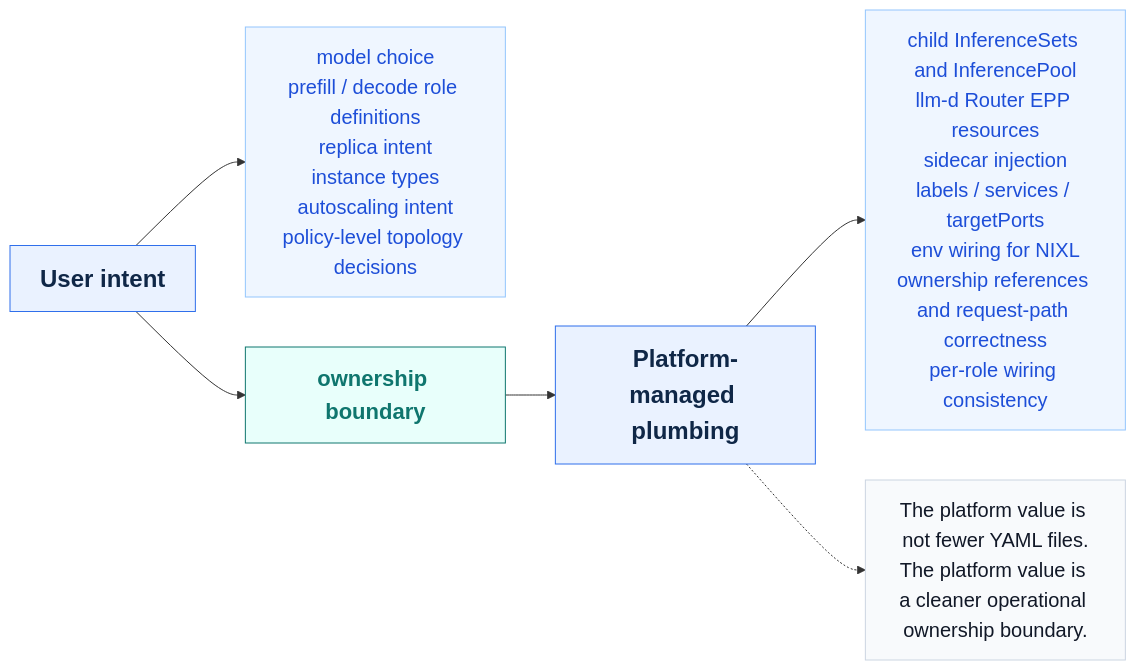
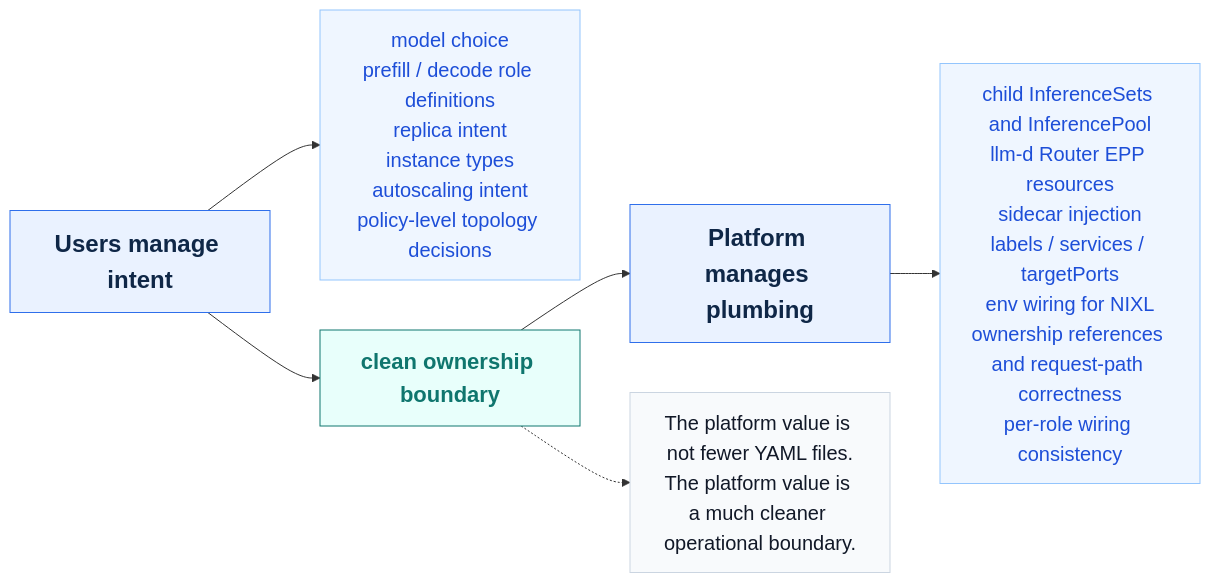
Before and after one commit to andyzhangx/demo: the diagram in llm/kaito-llm-d-pd-slides-assets/mermaid/slide-11-ownership-boundary.mmd, drawn with Mermaid. The commit also changed 10 other files, not shown here.

Commit message:
docs: refine presentation style for pd mermaid slides

```diff
--- a/llm/kaito-llm-d-pd-slides-assets/mermaid/slide-11-ownership-boundary.mmd
+++ b/llm/kaito-llm-d-pd-slides-assets/mermaid/slide-11-ownership-boundary.mmd
@@ -1,27 +1,27 @@
 flowchart LR
-%% pos USER 120 90 420 110
-%% pos USERDETAIL 70 250 520 430
-%% pos BOUND 835 340 530 90
-%% pos PLATFORM 1660 90 420 110
-%% pos PLATFORMDETAIL 1490 250 590 470
+%% pos USER 110 90 430 110
+%% pos USERDETAIL 70 250 560 420
+%% pos BOUND 860 335 500 90
+%% pos PLATFORM 1660 90 430 110
+%% pos PLATFORMDETAIL 1510 250 600 460
 %% pos NOTE 430 810 1340 120
 
-USER["User intent"]:::primary
+USER["Users manage intent"]:::primary
 USERDETAIL["model choice<br/>prefill / decode role definitions<br/>replica intent<br/>instance types<br/>autoscaling intent<br/>policy-level topology decisions"]:::primary2
-BOUND["ownership boundary"]:::teal
-PLATFORM["Platform-managed plumbing"]:::decode
+BOUND["clean ownership boundary"]:::teal
+PLATFORM["Platform manages plumbing"]:::decode
 PLATFORMDETAIL["child InferenceSets and InferencePool<br/>llm-d Router EPP resources<br/>sidecar injection<br/>labels / services / targetPorts<br/>env wiring for NIXL<br/>ownership references and request-path correctness<br/>per-role wiring consistency"]:::blue2
-NOTE["The platform value is not fewer YAML files.<br/>The platform value is a cleaner operational ownership boundary."]:::note
+NOTE["The platform value is not fewer YAML files.<br/>The platform value is a much cleaner operational boundary."]:::note
 
 USER --> USERDETAIL
 USER --> BOUND
 BOUND --> PLATFORM
 PLATFORM --> PLATFORMDETAIL
-PLATFORM -.-> NOTE
+BOUND -.-> NOTE
 
 classDef primary fill:#EAF2FF,stroke:#2F6FEB,color:#0F2747,font-size:24px,font-weight:bold
 classDef primary2 fill:#EFF6FF,stroke:#93C5FD,color:#1D4ED8,font-size:20px
 classDef teal fill:#E8FFFB,stroke:#0F766E,color:#0F766E,font-size:22px,font-weight:bold
 classDef decode fill:#EAF2FF,stroke:#2F6FEB,color:#0F2747,font-size:24px,font-weight:bold
 classDef blue2 fill:#EFF6FF,stroke:#93C5FD,color:#1D4ED8,font-size:20px
 classDef note fill:#F8FAFC,stroke:#CBD5E1,color:#111827,font-size:20px
```
